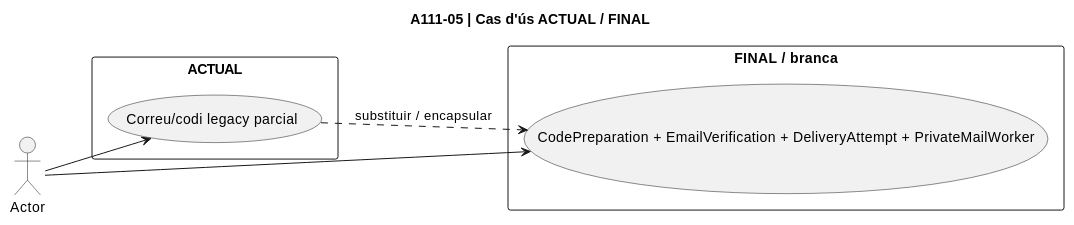
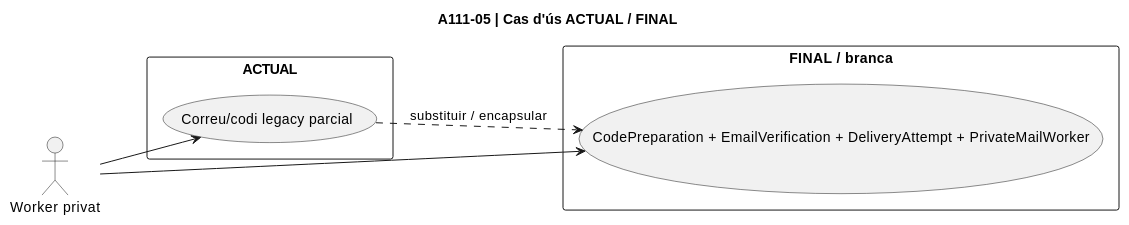
One commit to orgmeriemprismacat-del/verifactu changed diagram 17 of 48 in documentacio/07-uml-integrat/uc-111-diagrames-per-accio.md. Above: the diagram before and after it, drawn with PlantUML. The commit also changed other lines of this file, not shown here.

Commit message:
fix docs UC-111: restore explicit actor declarations in all 12 per-action use-case diagrams

````diff
--- a/documentacio/07-uml-integrat/uc-111-diagrames-per-accio.md
+++ b/documentacio/07-uml-integrat/uc-111-diagrames-per-accio.md
@@ -317,15 +321,16 @@
 ```plantuml
 @startuml
 title A111-05 | Cas d'ús ACTUAL / FINAL
 left to right direction
+actor "Worker privat" as Actor
 rectangle "ACTUAL" {
   usecase "Correu/codi legacy parcial" as Current
 }
 rectangle "FINAL / branca" {
   usecase "CodePreparation + EmailVerification + DeliveryAttempt + PrivateMailWorker" as Target
 }
 Actor --> Current
 Actor --> Target
 Current ..> Target : substituir / encapsular
 @enduml
 ```
````
